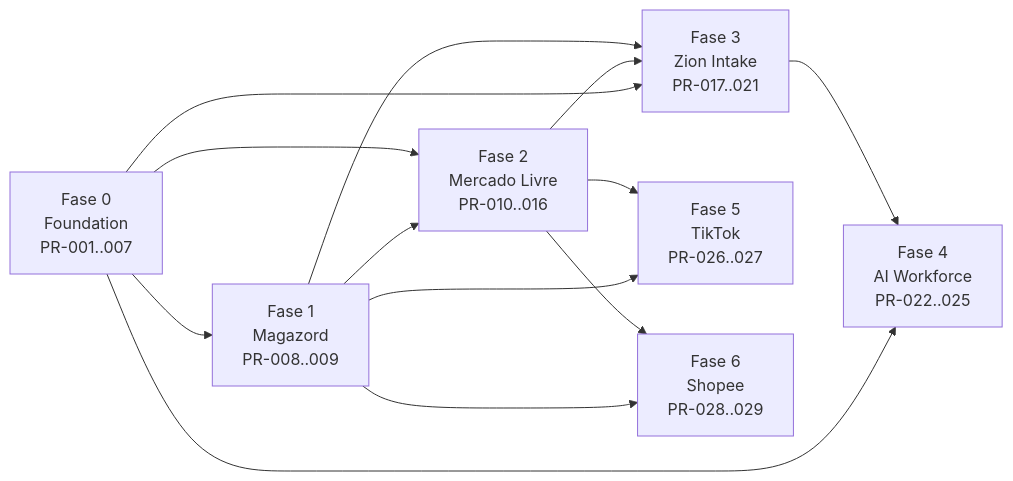
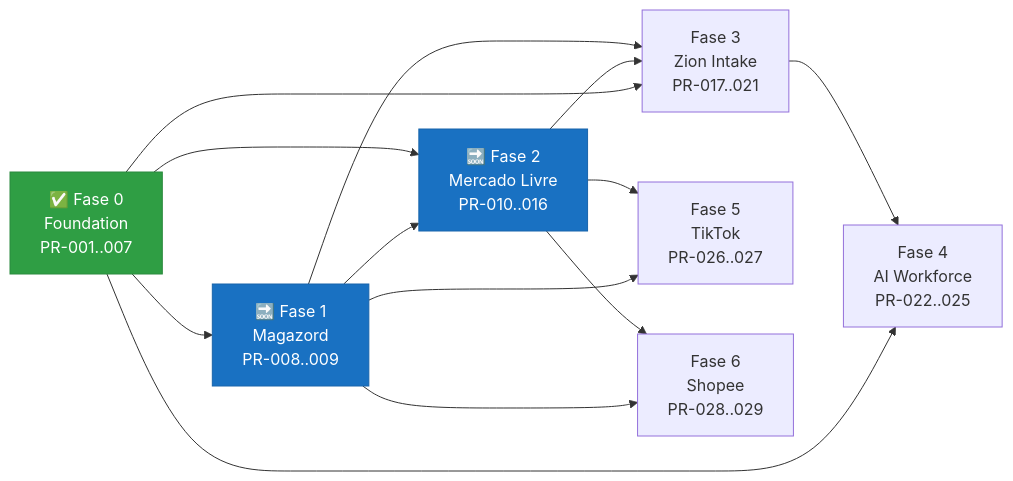
Before and after one commit to onetocoutinho-spec/Zion-OS: the diagram in docs/obsidian/09 Roadmap/Roadmap.md, drawn with Mermaid. The commit also changed other lines of this file and 20 other files, not shown here.

First line of the commit message:
docs(vault): v1.1 — corrige caminhos dos Canvas e atualiza dashboard/roadmap

````diff
--- a/docs/obsidian/09 Roadmap/Roadmap.md
+++ b/docs/obsidian/09 Roadmap/Roadmap.md
@@ -15,15 +15,19 @@
 ```mermaid
 flowchart LR
-  F0["Fase 0<br/>Foundation<br/>PR-001..007"] --> F1["Fase 1<br/>Magazord<br/>PR-008..009"]
-  F0 --> F2["Fase 2<br/>Mercado Livre<br/>PR-010..016"]
+  F0["✅ Fase 0<br/>Foundation<br/>PR-001..007"] --> F1["🔜 Fase 1<br/>Magazord<br/>PR-008..009"]
+  F0 --> F2["🔜 Fase 2<br/>Mercado Livre<br/>PR-010..016"]
   F1 --> F2
   F1 --> F3["Fase 3<br/>Zion Intake<br/>PR-017..021"]
   F2 --> F3
   F0 --> F3
   F3 --> F4["Fase 4<br/>AI Workforce<br/>PR-022..025"]
   F0 --> F4
   F2 --> F5["Fase 5<br/>TikTok<br/>PR-026..027"]
   F1 --> F5
   F2 --> F6["Fase 6<br/>Shopee<br/>PR-028..029"]
   F1 --> F6
+  classDef done fill:#2f9e44,stroke:#2b8a3e,color:#fff;
+  classDef next fill:#1971c2,stroke:#1864ab,color:#fff;
+  class F0 done;
+  class F1,F2 next;
 ```
````
